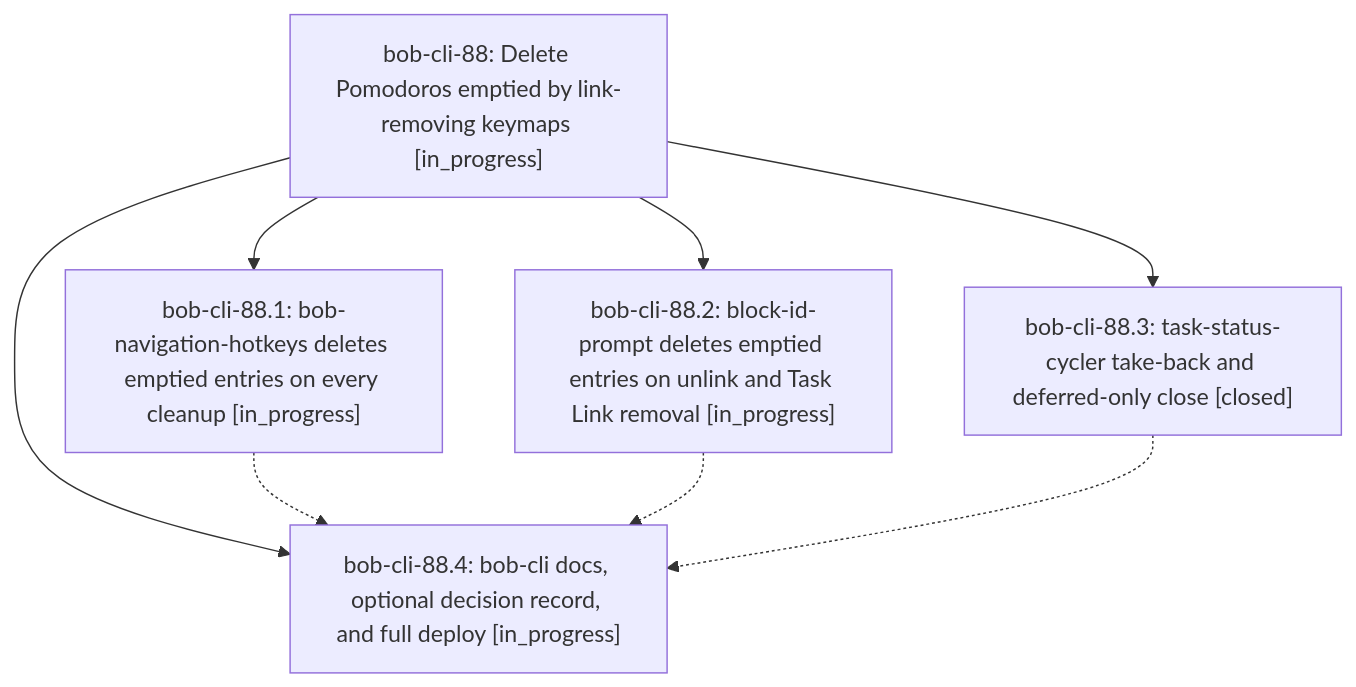
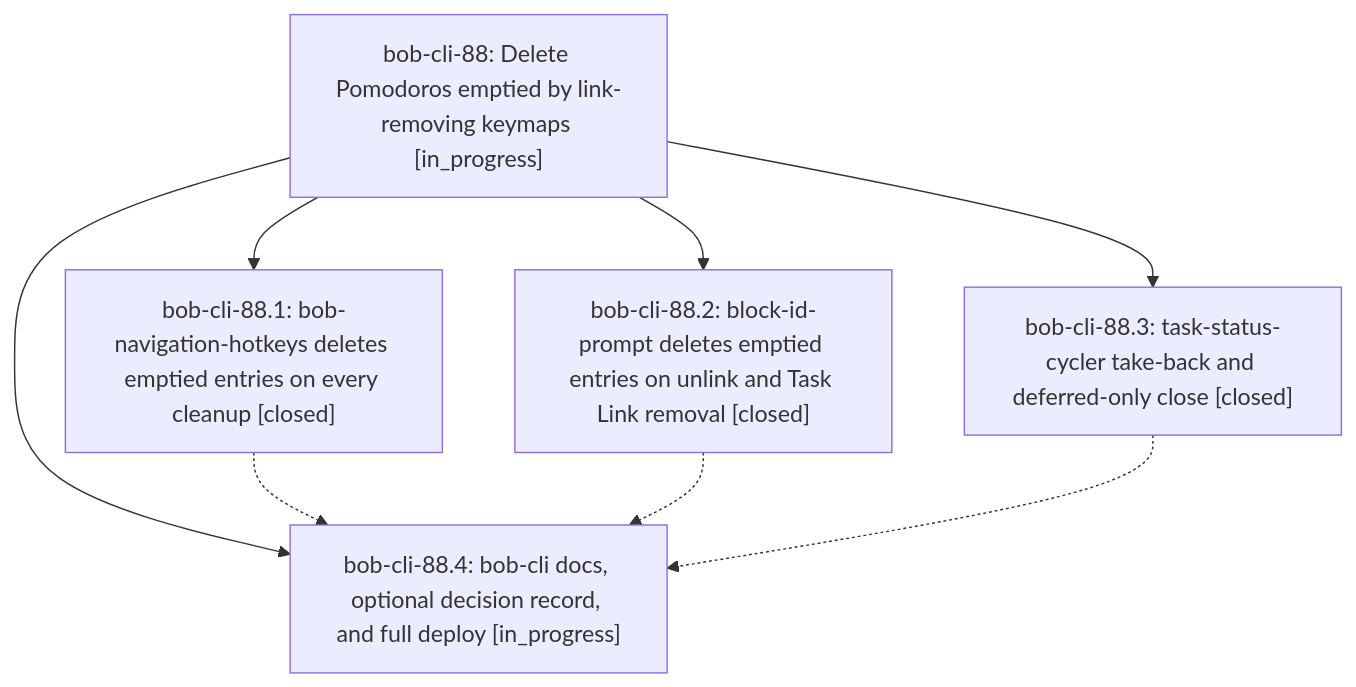
One commit to bobs-org/bob-cli--beads changed the diagram in pages/bob-cli-88/README.md. Above: the diagram before and after it, drawn with Mermaid. The commit also changed other lines of this file and 4 other files, not shown here.

First line of the commit message:
chore(beads): sync bead state and pages for bob-cli-88

````diff
--- a/pages/bob-cli-88/README.md
+++ b/pages/bob-cli-88/README.md
@@ -25,15 +25,15 @@
 ```mermaid
 flowchart TD
     n0["bob-cli-88: Delete Pomodoros emptied by link-removing keymaps [in_progress]"]
-    n1["bob-cli-88.1: bob-navigation-hotkeys deletes emptied entries on every cleanup [in_progress]"]
-    n2["bob-cli-88.2: block-id-prompt deletes emptied entries on unlink and Task Link removal [in_progress]"]
+    n1["bob-cli-88.1: bob-navigation-hotkeys deletes emptied entries on every cleanup [closed]"]
+    n2["bob-cli-88.2: block-id-prompt deletes emptied entries on unlink and Task Link removal [closed]"]
     n3["bob-cli-88.3: task-status-cycler take-back and deferred-only close [closed]"]
     n4["bob-cli-88.4: bob-cli docs, optional decision record, and full deploy [in_progress]"]
     n0 --> n1
     n0 --> n2
     n0 --> n3
     n0 --> n4
     n1 -.-> n4
     n2 -.-> n4
     n3 -.-> n4
 ```
````
